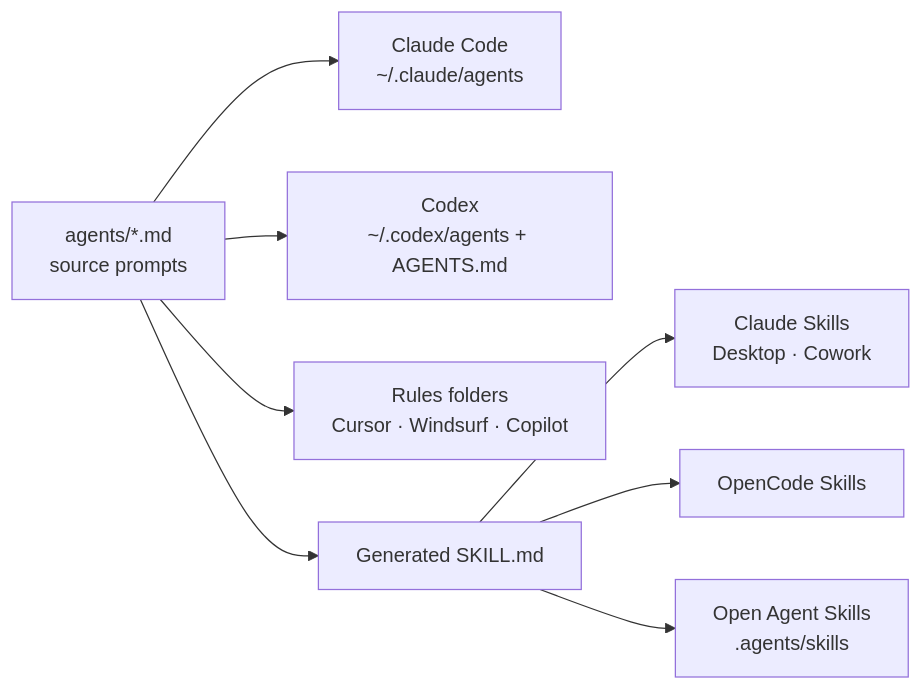
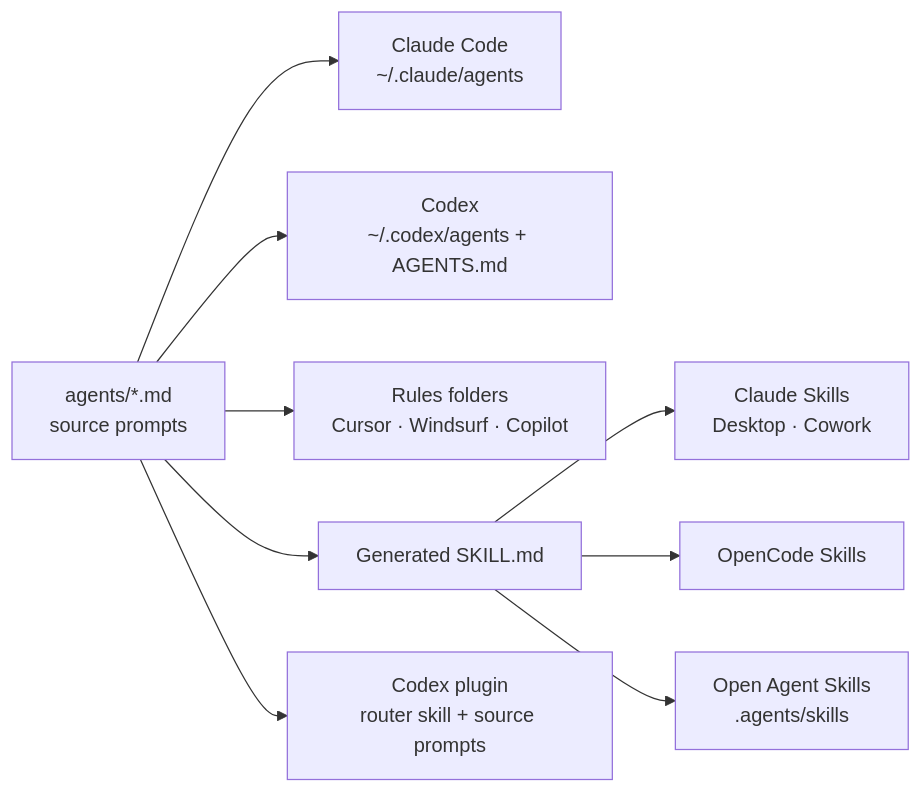
Before and after one commit to ajhcs/healthcare-agents: the diagram in README.md, drawn with Mermaid. The commit also changed other lines of this file and 58 other files, not shown here.

Commit message:
Add Codex plugin packaging for healthcare agents

````diff
--- a/README.md
+++ b/README.md
@@ -309,10 +326,11 @@
 ```mermaid
 flowchart LR
   A["agents/*.md<br/>source prompts"] --> B["Claude Code<br/>~/.claude/agents"]
   A --> C["Codex<br/>~/.codex/agents + AGENTS.md"]
   A --> D["Rules folders<br/>Cursor · Windsurf · Copilot"]
   A --> E["Generated SKILL.md"]
+  A --> I["Codex plugin<br/>router skill + source prompts"]
   E --> F["Claude Skills<br/>Desktop · Cowork"]
   E --> G["OpenCode Skills"]
   E --> H["Open Agent Skills<br/>.agents/skills"]
 ```
````
